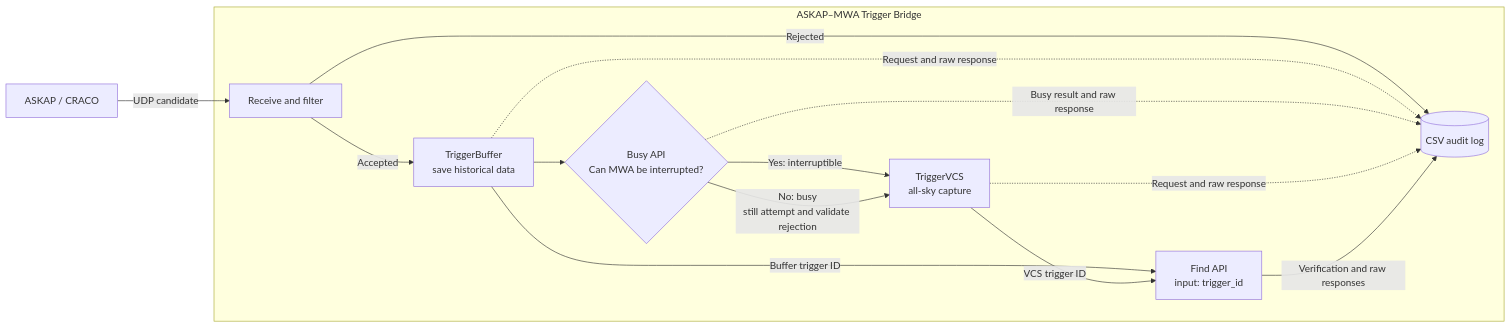
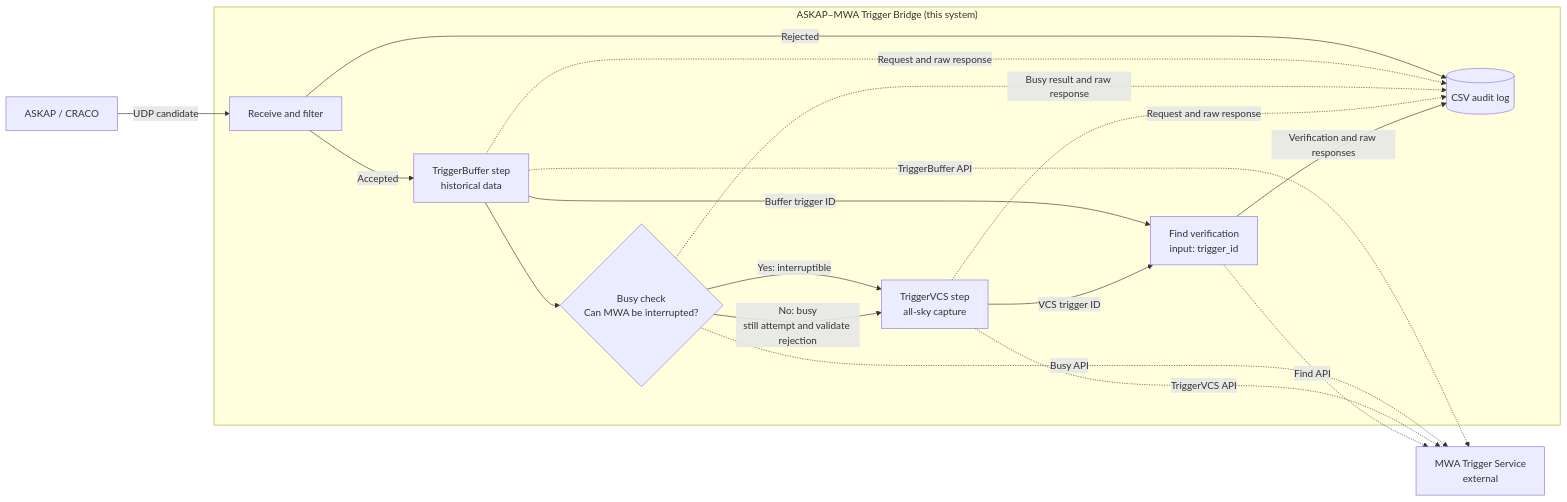
Before and after one commit to wangliwfsd/askap-mwa-frb-trigger: the diagram in README.md, drawn with Mermaid. The commit also changed other lines of this file and 1 other file, not shown here.

Commit message:
Document trigger modes and direct deployment

````diff
--- a/README.md
+++ b/README.md
@@ -5,25 +7,31 @@
 ```mermaid
 flowchart LR
     A[ASKAP / CRACO] -->|UDP candidate| B
 
-    subgraph BRIDGE["ASKAP–MWA Trigger Bridge"]
+    subgraph BRIDGE["ASKAP–MWA Trigger Bridge (this system)"]
         B[Receive and filter]
-        C[TriggerBuffer<br/>save historical data]
-        D{Busy API<br/>Can MWA be interrupted?}
-        E[TriggerVCS<br/>all-sky capture]
-        F[Find API<br/>input: trigger_id]
+        C[TriggerBuffer step<br/>historical data]
+        D{Busy check<br/>Can MWA be interrupted?}
+        E[TriggerVCS step<br/>all-sky capture]
+        F[Find verification<br/>input: trigger_id]
         G[(CSV audit log)]
 
         B -->|Accepted| C
         B -->|Rejected| G
         C --> D
         D -->|Yes: interruptible| E
         D -->|No: busy<br/>still attempt and validate rejection| E
         C -->|Buffer trigger ID| F
         E -->|VCS trigger ID| F
         C -.->|Request and raw response| G
         D -.->|Busy result and raw response| G
         E -.->|Request and raw response| G
         F -->|Verification and raw responses| G
     end
+
+    M[MWA Trigger Service<br/>external]
+    C -.->|TriggerBuffer API| M
+    D -.->|Busy API| M
+    E -.->|TriggerVCS API| M
+    F -.->|Find API| M
 ```
````
